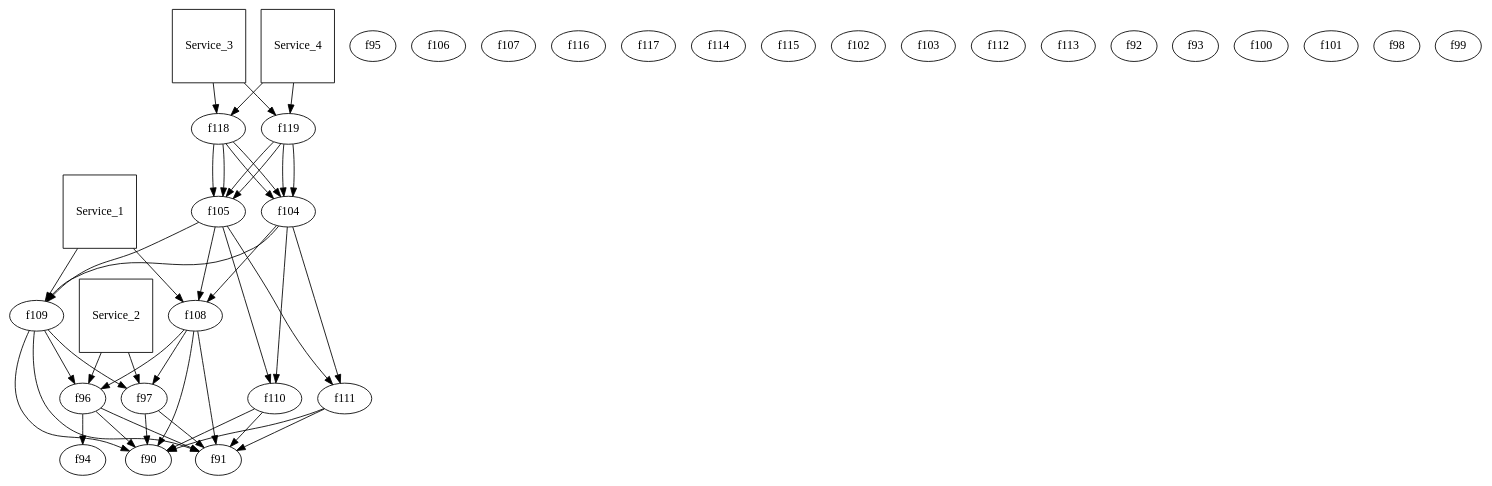
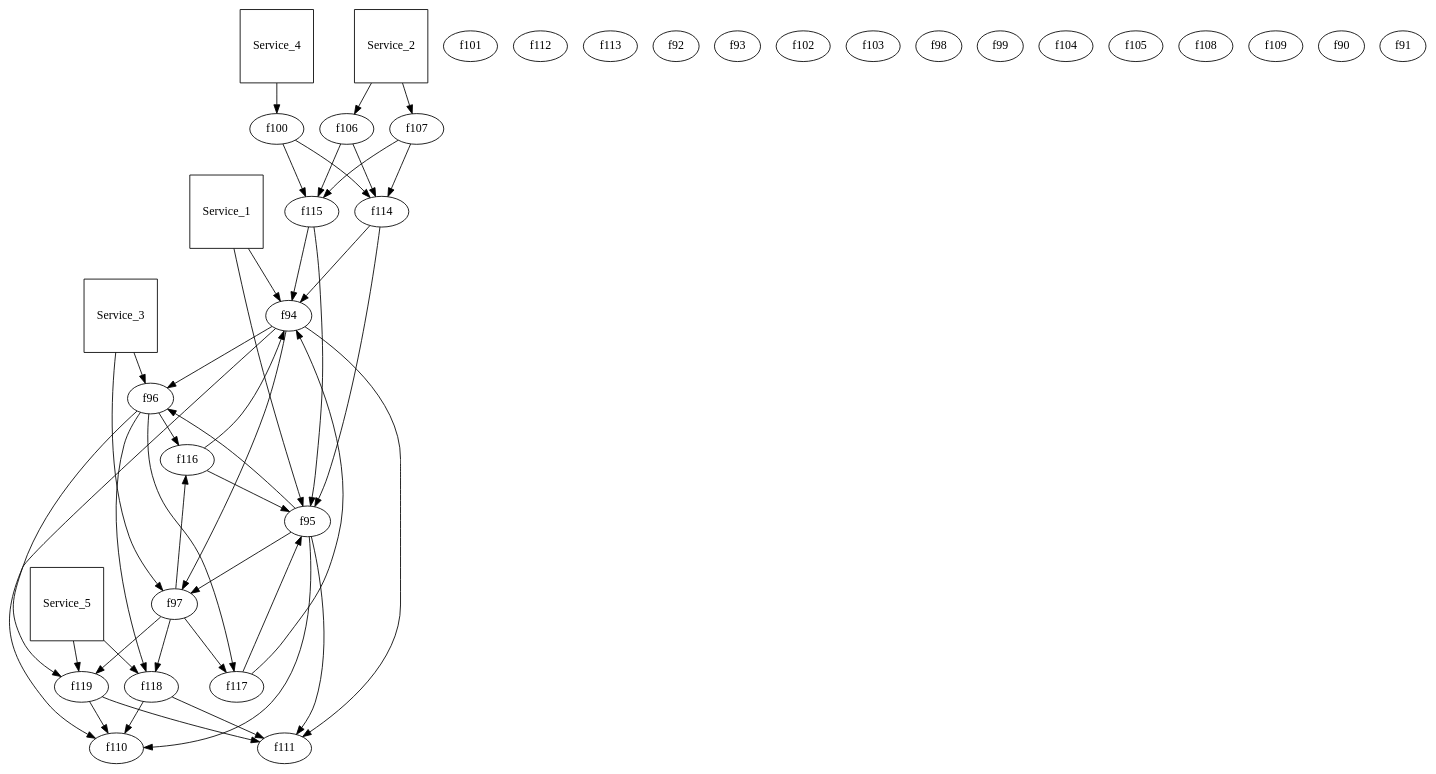
Before and after one commit to pcoppens/chaos-re: the diagram in system3.dot, drawn with Graphviz. The commit also changed 11 other files, not shown here.

```diff
--- a/system3.dot
+++ b/system3.dot
@@ -1,29 +1,32 @@
 digraph System{
+	f100 ; 	f101 ; 
+	f112 ; 	f113 ; 
+	f92 ; 	f93 ; 
+	f102 ; 	f103 ; 
+	f118 ; 	f119 ; 
+	f98 ; 	f99 ; 
+	f114 ; 	f115 ; 
 	f94 ; 	f95 ; 
+	f116 ; 	f117 ; 
+	f104 ; 	f105 ; 
+	f108 ; 	f109 ; 
+	f96 ; 	f97 ; 
+	f110 ; 	f111 ; 
+	f90 ; 	f91 ; 
 	f106 ; 	f107 ; 
-	f116 ; 	f117 ; 
-	f114 ; 	f115 ; 
-	f118 ; 	f119 ; 
-	f102 ; 	f103 ; 
-	f96 ; 	f97 ; 
-	f112 ; 	f113 ; 
-	f90 ; 	f91 ; 
-	f110 ; 	f111 ; 
-	f92 ; 	f93 ; 
-	f108 ; 	f109 ; 
-	f100 ; 	f101 ; 
-	f98 ; 	f99 ; 
-	f104 ; 	f105 ; 
 Service_1[shape=square];
- Service_1->f108; Service_1->f109; f108 -> f96 -> f90;
-f108 ->f97; f109 ->f97; f109 ->f96; f96 ->f91; f97 ->f91; f97 ->f90; 
+ Service_1->f94; Service_1->f95; f94 -> f96 -> f118;
+f94 ->f97; f95 ->f97; f95 ->f96; f96 ->f119; f97 ->f119; f97 ->f118; 
 Service_2[shape=square];
- Service_2->f96; Service_2->f97; f96 -> f94;
-
+ Service_2->f106; Service_2->f107; f106 -> f114 -> f94;
+f106 ->f115; f107 ->f115; f107 ->f114; f114 ->f95; f115 ->f95; f115 ->f94; 
 Service_3[shape=square];
- Service_3->f118; Service_3->f119; f118 -> f104 -> f110 -> f90;
-f118 ->f105; f119 ->f105; f119 ->f104; f104 ->f111; f105 ->f111; f105 ->f110; f110 ->f91; f111 ->f91; f111 ->f90; 
+ Service_3->f96; Service_3->f97; f96 -> f116 -> f94 -> f110;
+f96 ->f117; f97 ->f117; f97 ->f116; f116 ->f95; f117 ->f95; f117 ->f94; f94 ->f111; f95 ->f111; f95 ->f110; 
 Service_4[shape=square];
- Service_4->f118; Service_4->f119; f118 -> f104 -> f108 -> f90;
-f118 ->f105; f119 ->f105; f119 ->f104; f104 ->f109; f105 ->f109; f105 ->f108; f108 ->f91; f109 ->f91; f109 ->f90; 
+ Service_4->f100; f100 -> f114;
+f100 ->f115; 
+Service_5[shape=square];
+ Service_5->f118; Service_5->f119; f118 -> f110;
+f118 ->f111; f119 ->f111; f119 ->f110; 
 }
```
